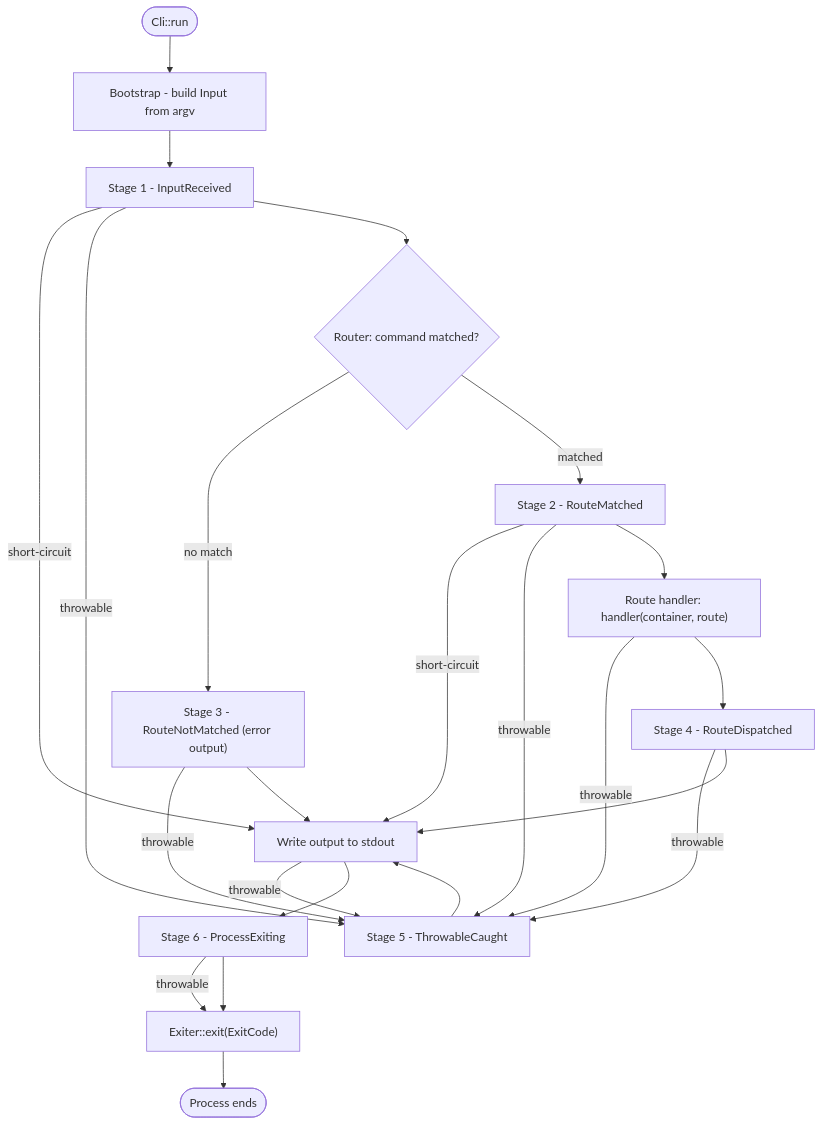
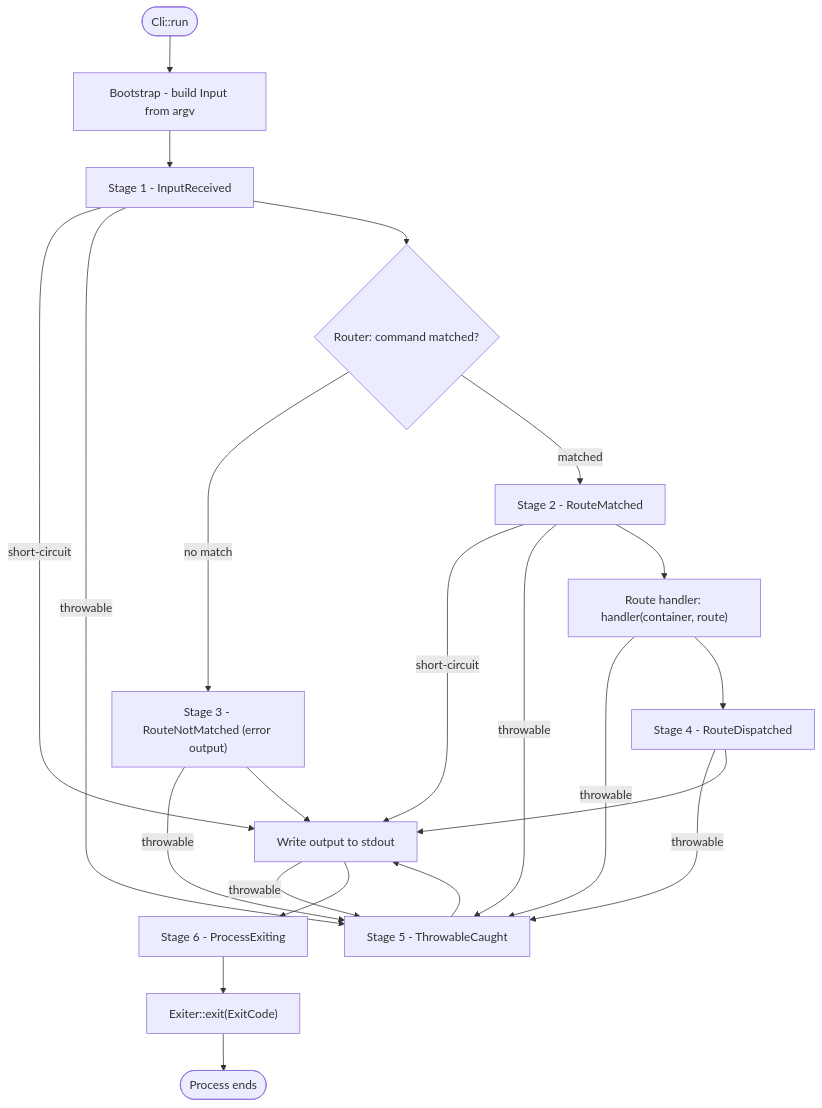
One commit to valkyrjaio/valkyrja changed the diagram in src/Valkyrja/Cli/README.md. Above: the diagram before and after it, drawn with Mermaid.

Commit message:
[Cli] docs: Draw one arrow for the one outcome the exit stage has.

````diff
--- a/src/Valkyrja/Cli/README.md
+++ b/src/Valkyrja/Cli/README.md
@@ -1434,25 +1434,24 @@
 ```mermaid
 flowchart TD
     A([Cli::run]) --> B[Bootstrap - build Input from argv]
     B --> C[Stage 1 - InputReceived]
     C -->|"short-circuit"| H[Write output to stdout]
     C -->|throwable| J[Stage 5 - ThrowableCaught]
     C --> D{"Router: command matched?"}
     D -->|"no match"| E["Stage 3 - RouteNotMatched (error output)"]
     D -->|matched| F[Stage 2 - RouteMatched]
     E -->|throwable| J
     E --> H
     F -->|"short-circuit"| H
     F -->|throwable| J
     F --> G["Route handler: handler(container, route)"]
     G -->|throwable| J
     G --> I[Stage 4 - RouteDispatched]
     I -->|throwable| J
     I --> H
     J --> H
     H -->|throwable| J
     H --> K[Stage 6 - ProcessExiting]
-    K -->|throwable| L
     K --> L["Exiter::exit(ExitCode)"]
     L --> M([Process ends])
 ```
````
